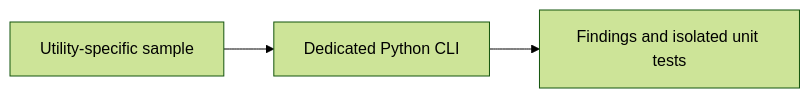
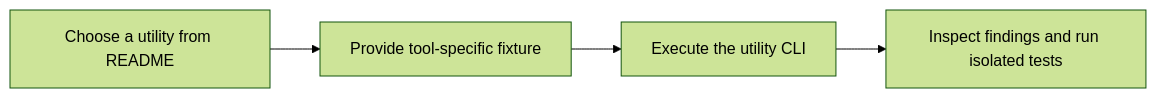
One commit to Klokesh493/lokesh-python-toolkit changed the diagram in docs/ARCHITECTURE.md. Above: the diagram before and after it, drawn with Mermaid (forest theme). The commit also changed 1 other file, not shown here.

Commit message:
Show the project decision flow in its README

````diff
--- a/docs/ARCHITECTURE.md
+++ b/docs/ARCHITECTURE.md
@@ -5,7 +5,8 @@
 ```mermaid
 flowchart LR
-    N0["Utility-specific sample"]
-    N1["Dedicated Python CLI"]
-    N2["Findings and isolated unit tests"]
-    N0 --> N1 --> N2
+    A["Choose a utility from README"]
+    B["Provide tool-specific fixture"]
+    C["Execute the utility CLI"]
+    D["Inspect findings and run isolated tests"]
+    A --> B --> C --> D
 ```
````
